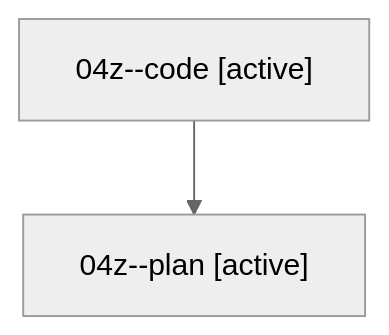
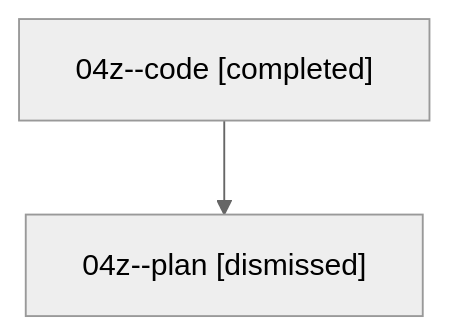
Before and after one commit to sase-org/sase--agents: the diagram in families/bbugyi200.athena.04z.md, drawn with Mermaid (neutral theme). The commit also changed other lines of this file and 162 other files, not shown here.

````diff
--- a/families/bbugyi200.athena.04z.md
+++ b/families/bbugyi200.athena.04z.md
@@ -9,6 +9,6 @@
 ```mermaid
 flowchart TD
-  n0["04z--code [active]"]
-  n1["04z--plan [active]"]
+  n0["04z--code [completed]"]
+  n1["04z--plan [dismissed]"]
   n0 --> n1
 ```
````
